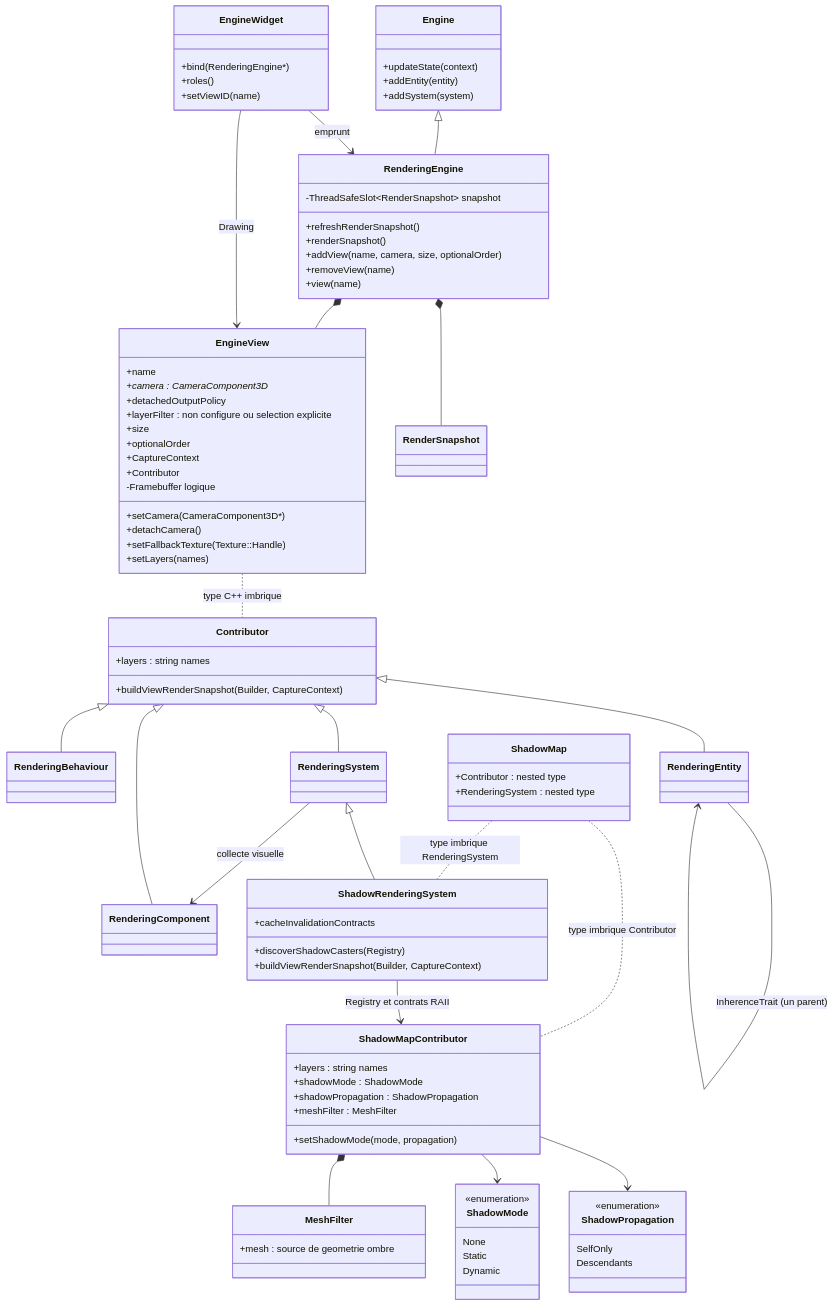
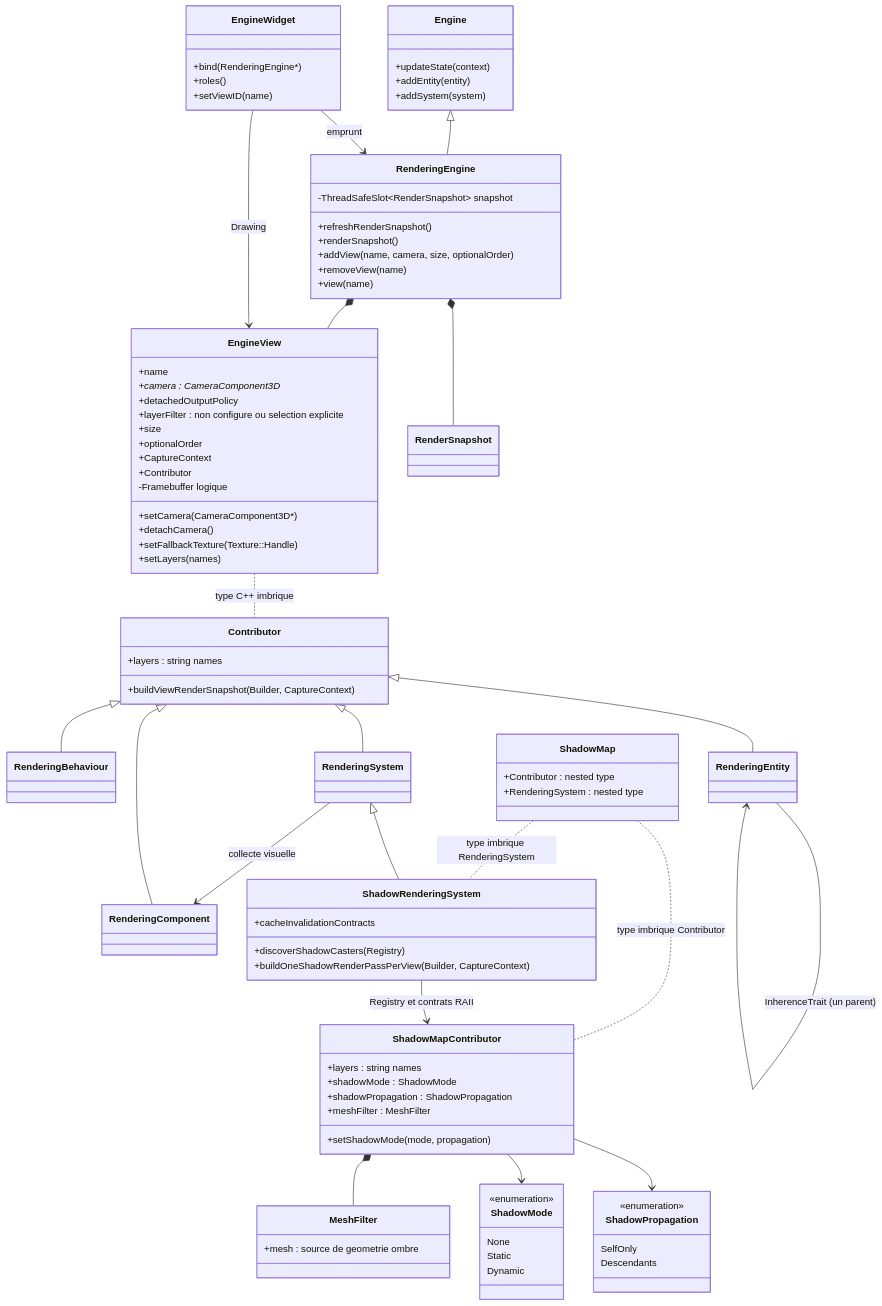
Before and after one commit to EreliaStudio/Sparkle: the eighth of 15 diagrams in docs/voxel-engine-v0.1.4-specification.md, drawn with Mermaid. The commit also changed other lines of this file, not shown here.

Commit message:
docs(v0.1.4): one shared shadow RenderPass per EngineView with per-light independent caches

```diff
--- a/docs/voxel-engine-v0.1.4-specification.md
+++ b/docs/voxel-engine-v0.1.4-specification.md
@@ -693,7 +718,7 @@
   }
   class ShadowRenderingSystem {
     +discoverShadowCasters(Registry)
-    +buildViewRenderSnapshot(Builder, CaptureContext)
+    +buildOneShadowRenderPassPerView(Builder, CaptureContext)
     +cacheInvalidationContracts
   }
   class ShadowMode {
```
